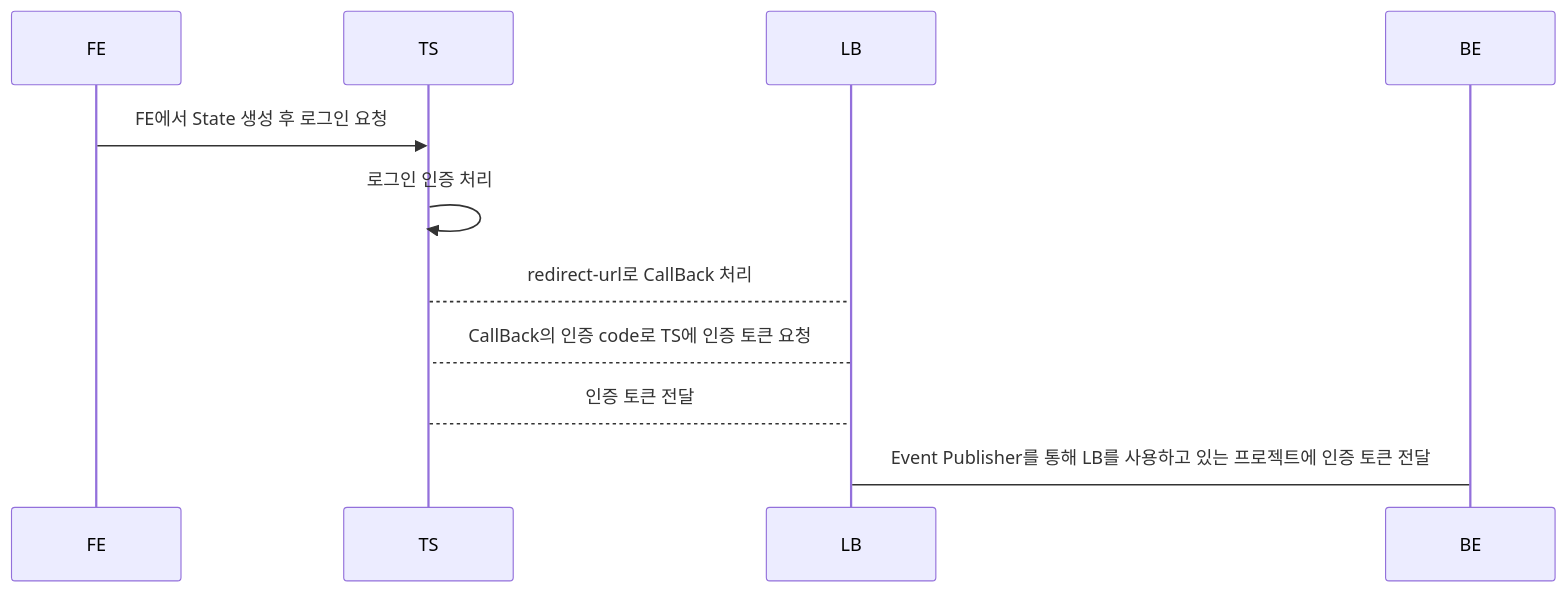
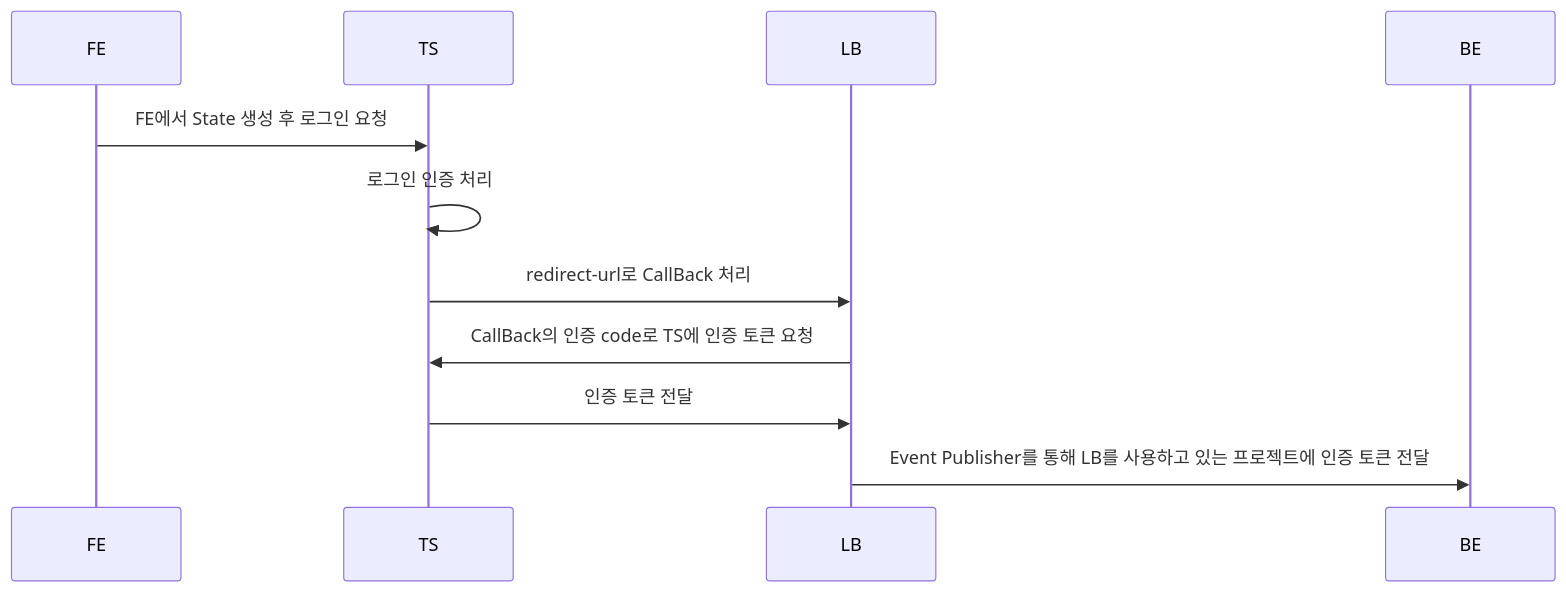
One commit to SpadeJJJ/oauth_rebuild changed the diagram in README.md. Above: the diagram before and after it, drawn with Mermaid.

````diff
--- a/README.md
+++ b/README.md
@@ -15,9 +15,9 @@
 ```mermaid
 sequenceDiagram
 FE ->> TS: FE에서 State 생성 후 로그인 요청
 TS ->> TS : 로그인 인증 처리
-TS --> LB : redirect-url로 CallBack 처리
-LB --> TS : CallBack의 인증 code로 TS에 인증 토큰 요청
-TS --> LB : 인증 토큰 전달
-LB -> BE : Event Publisher를 통해 LB를 사용하고 있는 프로젝트에 인증 토큰 전달
+TS ->> LB : redirect-url로 CallBack 처리
+LB ->> TS : CallBack의 인증 code로 TS에 인증 토큰 요청
+TS ->> LB : 인증 토큰 전달
+LB ->> BE : Event Publisher를 통해 LB를 사용하고 있는 프로젝트에 인증 토큰 전달
 ```
````
